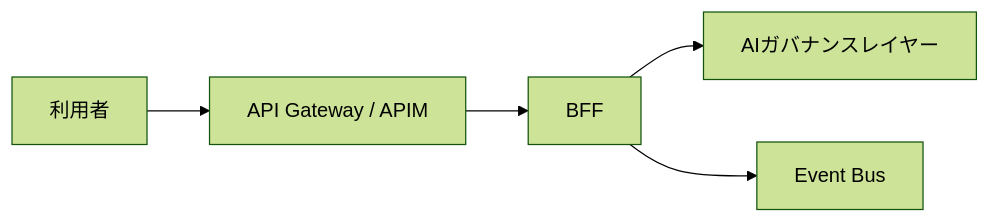
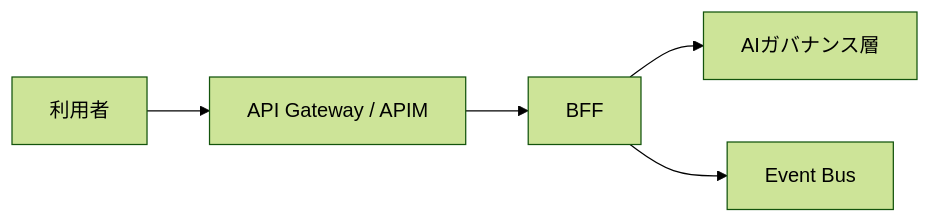
One commit to knd3dayo/ai-platform-poc changed the diagram in docs/02_アーキテクチャ実現方式/04_アプリケーション層の実現方式.md. Above: the diagram before and after it, drawn with Mermaid (forest theme). The commit also changed other lines of this file and 13 other files, not shown here.

````diff
--- a/docs/02_アーキテクチャ実現方式/04_アプリケーション層の実現方式.md
+++ b/docs/02_アーキテクチャ実現方式/04_アプリケーション層の実現方式.md
@@ -110,7 +110,7 @@
 ```mermaid
 graph LR
 	User[利用者] --> APIM[API Gateway / APIM]
 	APIM --> BFF[BFF]
-	BFF --> Gov[AIガバナンスレイヤー]
+	BFF --> Gov[AIガバナンス層]
 	BFF --> EB[Event Bus]
 ```
````
